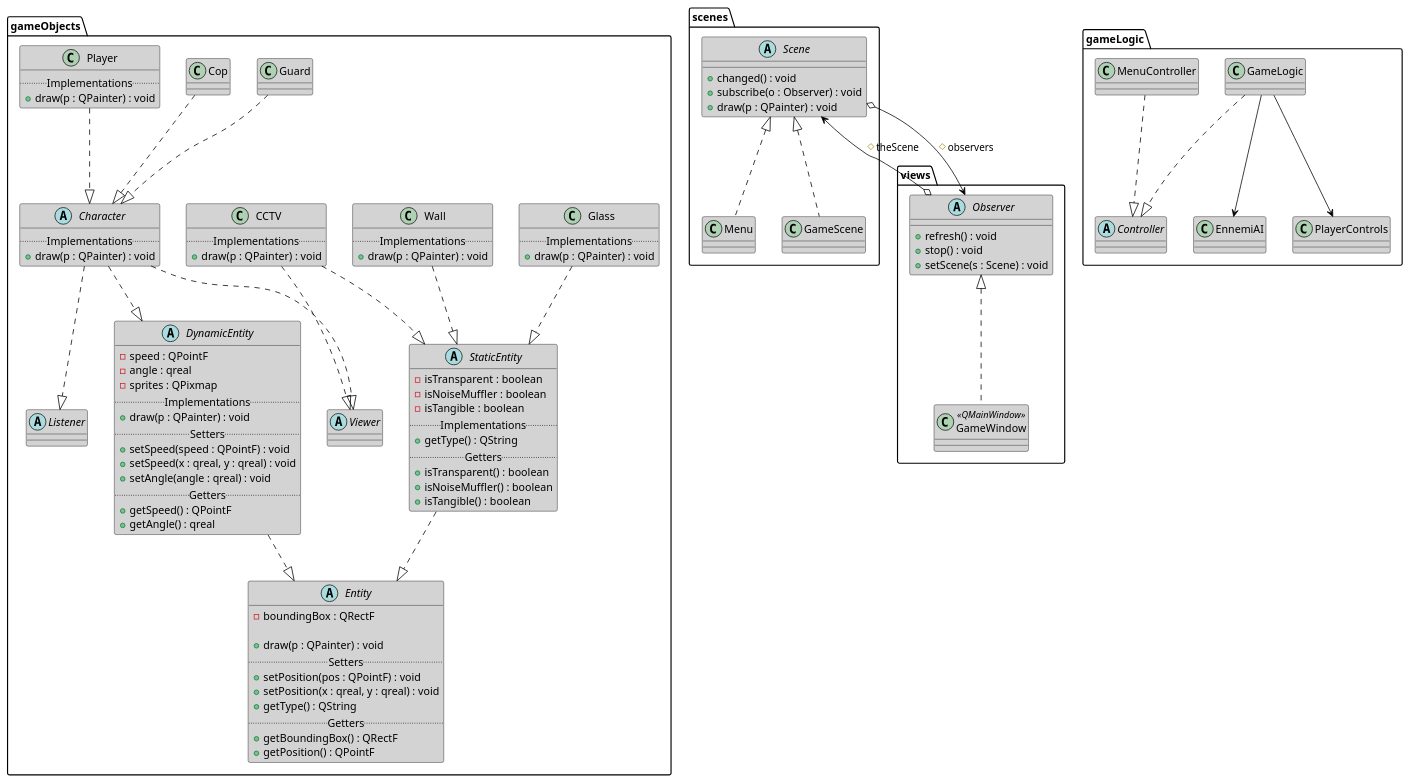
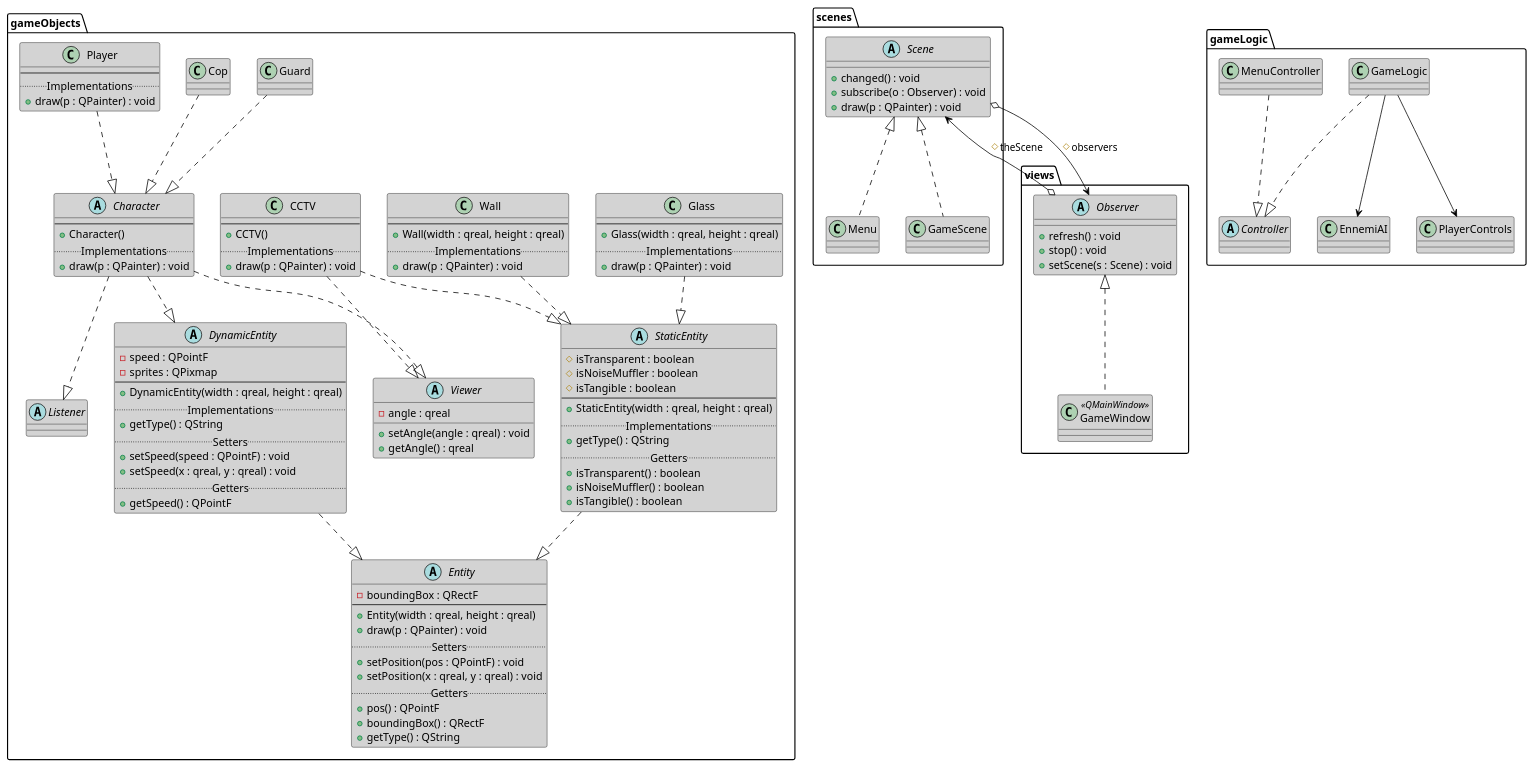
One commit to SamyFrancelet/Dillinger changed the diagram in UML/classes.puml. Above: the diagram before and after it, drawn with PlantUML. The commit also changed 16 other files, not shown here.

```diff
--- a/UML/classes.puml
+++ b/UML/classes.puml
@@ -1,178 +1,194 @@
 @startuml dillinger_classes
 
 skinparam shadowing false
 'skinparam linetype polyline
 'skinparam linetype ortho
 
 skinparam class {
     ArrowColor black
     BorderColor black
     BackGroundColor lightgrey
 }
 
 skinparam package {
     ArrowColor black
     BorderColor black
     BackGroundColor white
 }
 
 package gameObjects {
 
     abstract "Entity" as entity {
         -boundingBox : QRectF
-
+        --
+        +Entity(width : qreal, height : qreal)
         +draw(p : QPainter) : void
 		..Setters..
         +setPosition(pos : QPointF) : void
         +setPosition(x : qreal, y : qreal) : void
-		+getType() : QString
 		..Getters..
-        +getBoundingBox() : QRectF
-        +getPosition() : QPointF
+        +pos() : QPointF
+        +boundingBox() : QRectF
+        +getType() : QString
     }
 
     together {
         abstract "StaticEntity" as statE {
-            -isTransparent : boolean
-            -isNoiseMuffler : boolean
-            -isTangible : boolean
+            #isTransparent : boolean
+            #isNoiseMuffler : boolean
+            #isTangible : boolean
+            --
+            +StaticEntity(width : qreal, height : qreal)
 			..Implementations..
 			+getType() : QString
 			..Getters..
             +isTransparent() : boolean
             +isNoiseMuffler() : boolean
             +isTangible() : boolean
         }
 
         abstract "DynamicEntity" as dynE {
             -speed : QPointF
-			-angle : qreal
 			-sprites : QPixmap
+            --
+            +DynamicEntity(width : qreal, height : qreal)
 			..Implementations..
-			+draw(p : QPainter) : void
+            +getType() : QString
 			..Setters..
             +setSpeed(speed : QPointF) : void
             +setSpeed(x : qreal, y : qreal) : void
-			+setAngle(angle : qreal) : void
 			..Getters..
             +getSpeed() : QPointF
-			+getAngle() : qreal
         }
 
-        abstract "Viewer" as viewer
+        abstract "Viewer" as viewer {
+            -angle : qreal
+
+            +setAngle(angle : qreal) : void
+            +getAngle() : qreal
+        }
 
         abstract "Listener" as listener
     }
 
     class "Glass" as glass {
+        --
+        +Glass(width : qreal, height : qreal)
 		..Implementations..
 		+draw(p : QPainter) : void
 	}
 
     class "Wall" as wall {
+        --
+        +Wall(width : qreal, height : qreal)
 		..Implementations..
 		+draw(p : QPainter) : void
 	}
 
     class "CCTV" as cam {
+        --
+        +CCTV()
 		..Implementations..
 		+draw(p : QPainter) : void
 	}
 
     abstract "Character" as charac {
+        --
+        +Character()
 		..Implementations..
 		+draw(p : QPainter) : void
 	}
 
     class "Guard" as guard
 
     class "Cop" as cop
 
     class "Player" as player {
+        --
 		..Implementations..
 		+draw(p : QPainter) : void
 	}
 
     statE ..|> entity
     dynE ..|> entity
 
     glass ..|> statE
     wall ..|> statE
     cam ..|> statE
 
     charac ..|> dynE
 
     guard ..|> charac
     cop ..|> charac
     player ..|> charac
 
 	cam ..|> viewer
     charac ..|> viewer
     charac ..|> listener
 }
 
 package scenes {
     abstract "Scene" as scene{
         +changed() : void
         +subscribe(o : Observer) : void
         +draw(p : QPainter) : void
     }
 
     class "Menu" as menu {
 
     }
 
     class "GameScene" as gScene {
 
     }
 
     menu .up.|> scene
     gScene .up.|> scene
 }
 
 package views {
     abstract "Observer" as obs {
         +refresh() : void
         +stop() : void
         +setScene(s : Scene) : void
     }
 
     class "GameWindow" as gameW  <<QMainWindow>>{
 
     }
 
     gameW .up.|> obs
 }
 
 scene o--> obs : "#observers"
 obs o--> scene : "#theScene"
 
 package gameLogic {
 	abstract "Controller" as c {
 
 	}
 
 	class "MenuController" as mc {
 
 	}
 
     class "GameLogic" as gLogic {
 
     }
 
 	class "EnnemiAI" as ai {
 
 	}
 
 	class "PlayerControls" as pControls {
 
 	}
 
 	gLogic ..|> c
 	mc ..|> c
 
 	gLogic --> ai
 	gLogic --> pControls
 }
 
 @enduml
```
